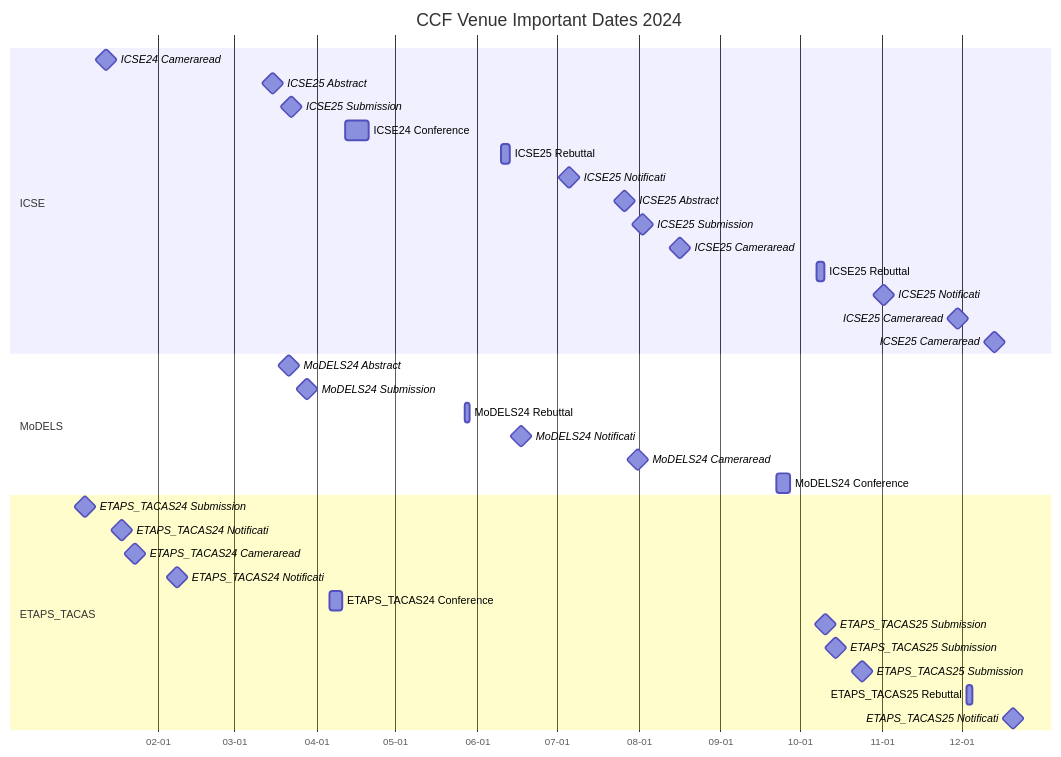
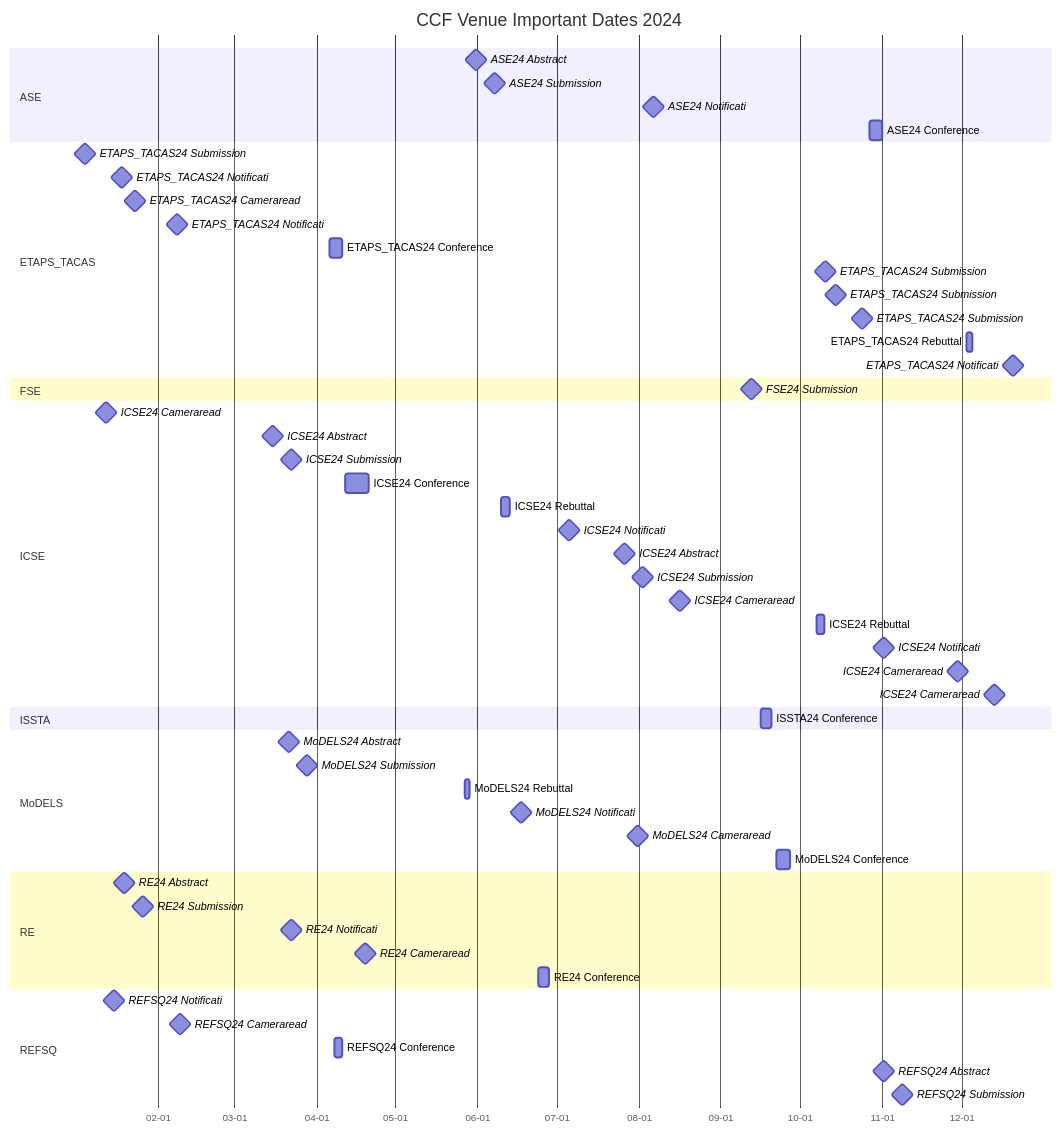
One commit to HansBug/research_ideas changed the fifth of 9 diagrams in ccf_venues/TIMELINE.md. Above: the diagram before and after it, drawn with Mermaid. The commit also changed other lines of this file and 42 other files, not shown here.

````diff
--- a/ccf_venues/TIMELINE.md
+++ b/ccf_venues/TIMELINE.md
@@ -328,42 +454,68 @@
 ```mermaid
 gantt
   title CCF Venue Important Dates 2024
   dateFormat YYYY-MM-DD
   axisFormat %m-%d
 
+  section ASE
+  ASE24 Abstract :milestone, ase_2024_1_20240531, 2024-05-31, 1d
+  ASE24 Submission :milestone, ase_2024_2_20240607, 2024-06-07, 1d
+  ASE24 Notificati :milestone, ase_2024_3_20240806, 2024-08-06, 1d
+  ASE24 Conference :ase_2024_4_20241027, 2024-10-27, 2024-11-01
+
+  section ETAPS_TACAS
+  ETAPS_TACAS24 Submission :milestone, etaps_tacas_2024_1_20240104, 2024-01-04, 1d
+  ETAPS_TACAS24 Notificati :milestone, etaps_tacas_2024_2_20240118, 2024-01-18, 1d
+  ETAPS_TACAS24 Cameraread :milestone, etaps_tacas_2024_3_20240123, 2024-01-23, 1d
+  ETAPS_TACAS24 Notificati :milestone, etaps_tacas_2024_4_20240208, 2024-02-08, 1d
+  ETAPS_TACAS24 Conference :etaps_tacas_2024_5_20240406, 2024-04-06, 2024-04-11
+  ETAPS_TACAS24 Submission :milestone, etaps_tacas_2024_6_20241010, 2024-10-10, 1d
+  ETAPS_TACAS24 Submission :milestone, etaps_tacas_2024_7_20241014, 2024-10-14, 1d
+  ETAPS_TACAS24 Submission :milestone, etaps_tacas_2024_8_20241024, 2024-10-24, 1d
+  ETAPS_TACAS24 Rebuttal :etaps_tacas_2024_9_20241203, 2024-12-03, 2024-12-05
+  ETAPS_TACAS24 Notificati :milestone, etaps_tacas_2024_10_20241220, 2024-12-20, 1d
+
+  section FSE
+  FSE24 Submission :milestone, fse_2024_1_20240912, 2024-09-12, 1d
+
   section ICSE
-  ICSE24 Cameraread :milestone, icse2024_1_20240112, 2024-01-12, 1d
-  ICSE25 Abstract :milestone, icse2025_2_20240315, 2024-03-15, 1d
-  ICSE25 Submission :milestone, icse2025_3_20240322, 2024-03-22, 1d
-  ICSE24 Conference :icse2024_4_20240412, 2024-04-12, 2024-04-21
-  ICSE25 Rebuttal :icse2025_5_20240610, 2024-06-10, 2024-06-13
-  ICSE25 Notificati :milestone, icse2025_6_20240705, 2024-07-05, 1d
-  ICSE25 Abstract :milestone, icse2025_7_20240726, 2024-07-26, 1d
-  ICSE25 Submission :milestone, icse2025_8_20240802, 2024-08-02, 1d
-  ICSE25 Cameraread :milestone, icse2025_9_20240816, 2024-08-16, 1d
-  ICSE25 Rebuttal :icse2025_10_20241007, 2024-10-07, 2024-10-10
-  ICSE25 Notificati :milestone, icse2025_11_20241101, 2024-11-01, 1d
-  ICSE25 Cameraread :milestone, icse2025_12_20241129, 2024-11-29, 1d
-  ICSE25 Cameraread :milestone, icse2025_13_20241213, 2024-12-13, 1d
+  ICSE24 Cameraread :milestone, icse_2024_1_20240112, 2024-01-12, 1d
+  ICSE24 Abstract :milestone, icse_2024_2_20240315, 2024-03-15, 1d
+  ICSE24 Submission :milestone, icse_2024_3_20240322, 2024-03-22, 1d
+  ICSE24 Conference :icse_2024_4_20240412, 2024-04-12, 2024-04-21
+  ICSE24 Rebuttal :icse_2024_5_20240610, 2024-06-10, 2024-06-13
+  ICSE24 Notificati :milestone, icse_2024_6_20240705, 2024-07-05, 1d
+  ICSE24 Abstract :milestone, icse_2024_7_20240726, 2024-07-26, 1d
+  ICSE24 Submission :milestone, icse_2024_8_20240802, 2024-08-02, 1d
+  ICSE24 Cameraread :milestone, icse_2024_9_20240816, 2024-08-16, 1d
+  ICSE24 Rebuttal :icse_2024_10_20241007, 2024-10-07, 2024-10-10
+  ICSE24 Notificati :milestone, icse_2024_11_20241101, 2024-11-01, 1d
+  ICSE24 Cameraread :milestone, icse_2024_12_20241129, 2024-11-29, 1d
+  ICSE24 Cameraread :milestone, icse_2024_13_20241213, 2024-12-13, 1d
+
+  section ISSTA
+  ISSTA24 Conference :issta_2024_1_20240916, 2024-09-16, 2024-09-20
 
   section MoDELS
-  MoDELS24 Abstract :milestone, models2024_1_20240321, 2024-03-21, 1d
-  MoDELS24 Submission :milestone, models2024_2_20240328, 2024-03-28, 1d
-  MoDELS24 Rebuttal :models2024_3_20240527, 2024-05-27, 2024-05-29
-  MoDELS24 Notificati :milestone, models2024_4_20240617, 2024-06-17, 1d
-  MoDELS24 Cameraread :milestone, models2024_5_20240731, 2024-07-31, 1d
-  MoDELS24 Conference :models2024_6_20240922, 2024-09-22, 2024-09-27
+  MoDELS24 Abstract :milestone, models_2024_1_20240321, 2024-03-21, 1d
+  MoDELS24 Submission :milestone, models_2024_2_20240328, 2024-03-28, 1d
+  MoDELS24 Rebuttal :models_2024_3_20240527, 2024-05-27, 2024-05-29
+  MoDELS24 Notificati :milestone, models_2024_4_20240617, 2024-06-17, 1d
+  MoDELS24 Cameraread :milestone, models_2024_5_20240731, 2024-07-31, 1d
+  MoDELS24 Conference :models_2024_6_20240922, 2024-09-22, 2024-09-27
 
-  section ETAPS_TACAS
-  ETAPS_TACAS24 Submission :milestone, etaps2024_1_20240104, 2024-01-04, 1d
-  ETAPS_TACAS24 Notificati :milestone, etaps2024_2_20240118, 2024-01-18, 1d
-  ETAPS_TACAS24 Cameraread :milestone, etaps2024_3_20240123, 2024-01-23, 1d
-  ETAPS_TACAS24 Notificati :milestone, etaps2024_4_20240208, 2024-02-08, 1d
-  ETAPS_TACAS24 Conference :etaps2024_5_20240406, 2024-04-06, 2024-04-11
-  ETAPS_TACAS25 Submission :milestone, etaps2025_6_20241010, 2024-10-10, 1d
-  ETAPS_TACAS25 Submission :milestone, etaps2025_7_20241014, 2024-10-14, 1d
-  ETAPS_TACAS25 Submission :milestone, etaps2025_8_20241024, 2024-10-24, 1d
-  ETAPS_TACAS25 Rebuttal :etaps2025_9_20241203, 2024-12-03, 2024-12-05
-  ETAPS_TACAS25 Notificati :milestone, etaps2025_10_20241220, 2024-12-20, 1d
+  section RE
+  RE24 Abstract :milestone, re_2024_1_20240119, 2024-01-19, 1d
+  RE24 Submission :milestone, re_2024_2_20240126, 2024-01-26, 1d
+  RE24 Notificati :milestone, re_2024_3_20240322, 2024-03-22, 1d
+  RE24 Cameraread :milestone, re_2024_4_20240419, 2024-04-19, 1d
+  RE24 Conference :re_2024_5_20240624, 2024-06-24, 2024-06-28
+
+  section REFSQ
+  REFSQ24 Notificati :milestone, refsq_2024_1_20240115, 2024-01-15, 1d
+  REFSQ24 Cameraread :milestone, refsq_2024_2_20240209, 2024-02-09, 1d
+  REFSQ24 Conference :refsq_2024_3_20240408, 2024-04-08, 2024-04-11
+  REFSQ24 Abstract :milestone, refsq_2024_4_20241101, 2024-11-01, 1d
+  REFSQ24 Submission :milestone, refsq_2024_5_20241108, 2024-11-08, 1d
 
 ```
````
